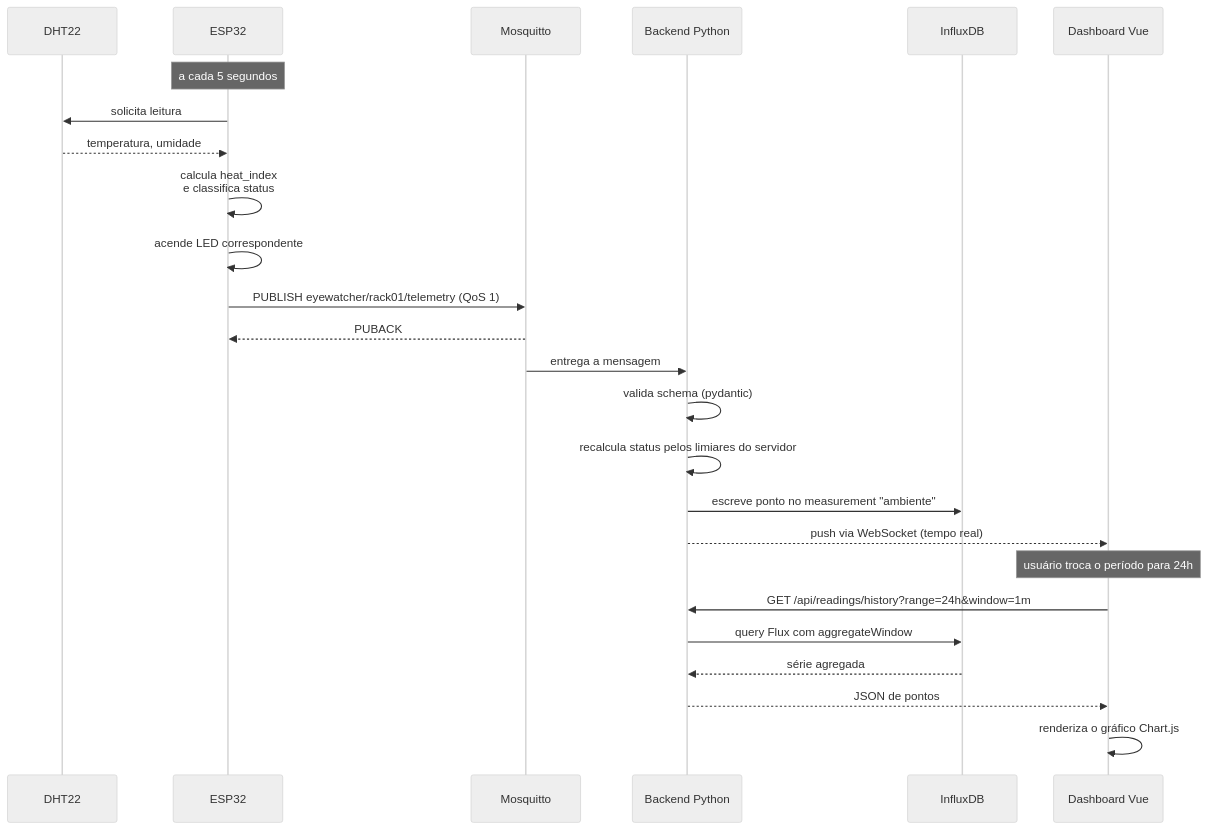
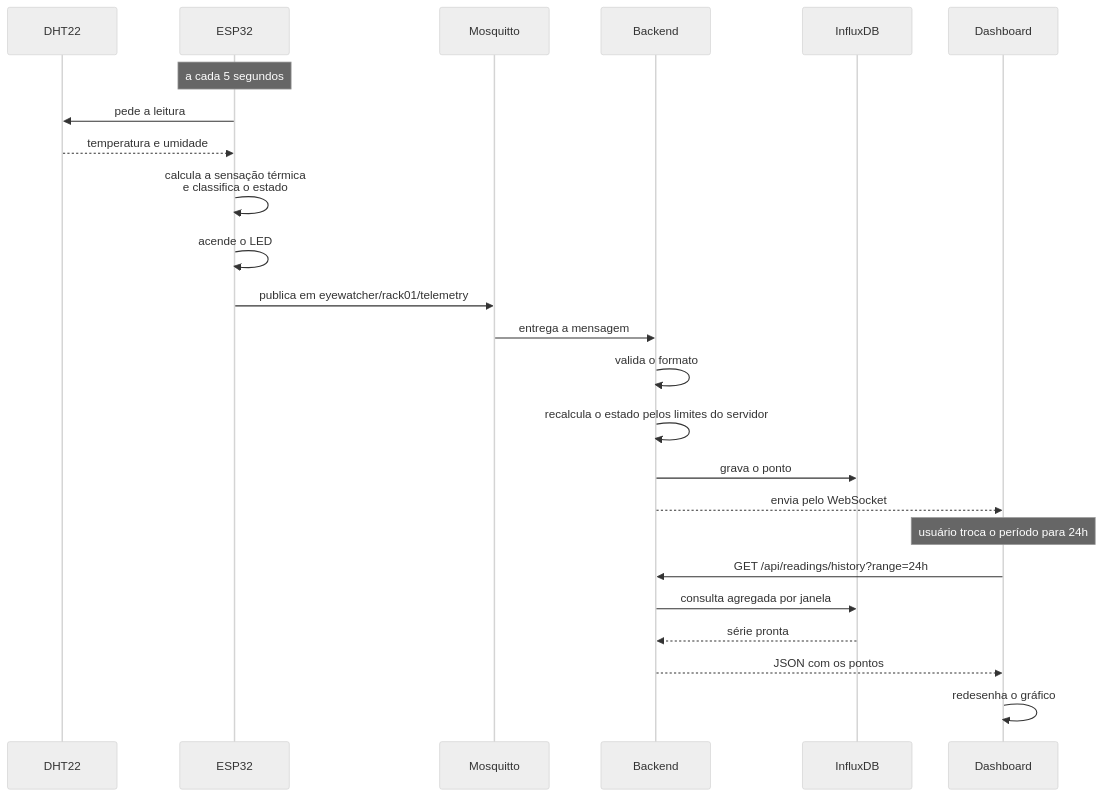
The second of 3 diagrams in docs/ARQUITETURA.md (dudumiranda3105/eyeWatcher), drawn with Mermaid (neutral theme) before and after one commit. The commit also changed other lines of this file and 3 other files, not shown here.

````diff
--- a/docs/ARQUITETURA.md
+++ b/docs/ARQUITETURA.md
@@ -49,28 +53,27 @@
 ```mermaid
 sequenceDiagram
     participant D as DHT22
     participant E as ESP32
     participant M as Mosquitto
-    participant B as Backend Python
+    participant B as Backend
     participant I as InfluxDB
-    participant W as Dashboard Vue
+    participant W as Dashboard
 
     Note over E: a cada 5 segundos
-    E->>D: solicita leitura
-    D-->>E: temperatura, umidade
-    E->>E: calcula heat_index<br/>e classifica status
-    E->>E: acende LED correspondente
-    E->>M: PUBLISH eyewatcher/rack01/telemetry (QoS 1)
-    M-->>E: PUBACK
+    E->>D: pede a leitura
+    D-->>E: temperatura e umidade
+    E->>E: calcula a sensação térmica<br/>e classifica o estado
+    E->>E: acende o LED
+    E->>M: publica em eyewatcher/rack01/telemetry
     M->>B: entrega a mensagem
-    B->>B: valida schema (pydantic)
-    B->>B: recalcula status pelos limiares do servidor
-    B->>I: escreve ponto no measurement "ambiente"
-    B-->>W: push via WebSocket (tempo real)
+    B->>B: valida o formato
+    B->>B: recalcula o estado pelos limites do servidor
+    B->>I: grava o ponto
+    B-->>W: envia pelo WebSocket
     Note over W: usuário troca o período para 24h
-    W->>B: GET /api/readings/history?range=24h&window=1m
-    B->>I: query Flux com aggregateWindow
-    I-->>B: série agregada
-    B-->>W: JSON de pontos
-    W->>W: renderiza o gráfico Chart.js
+    W->>B: GET /api/readings/history?range=24h
+    B->>I: consulta agregada por janela
+    I-->>B: série pronta
+    B-->>W: JSON com os pontos
+    W->>W: redesenha o gráfico
 ```
````
